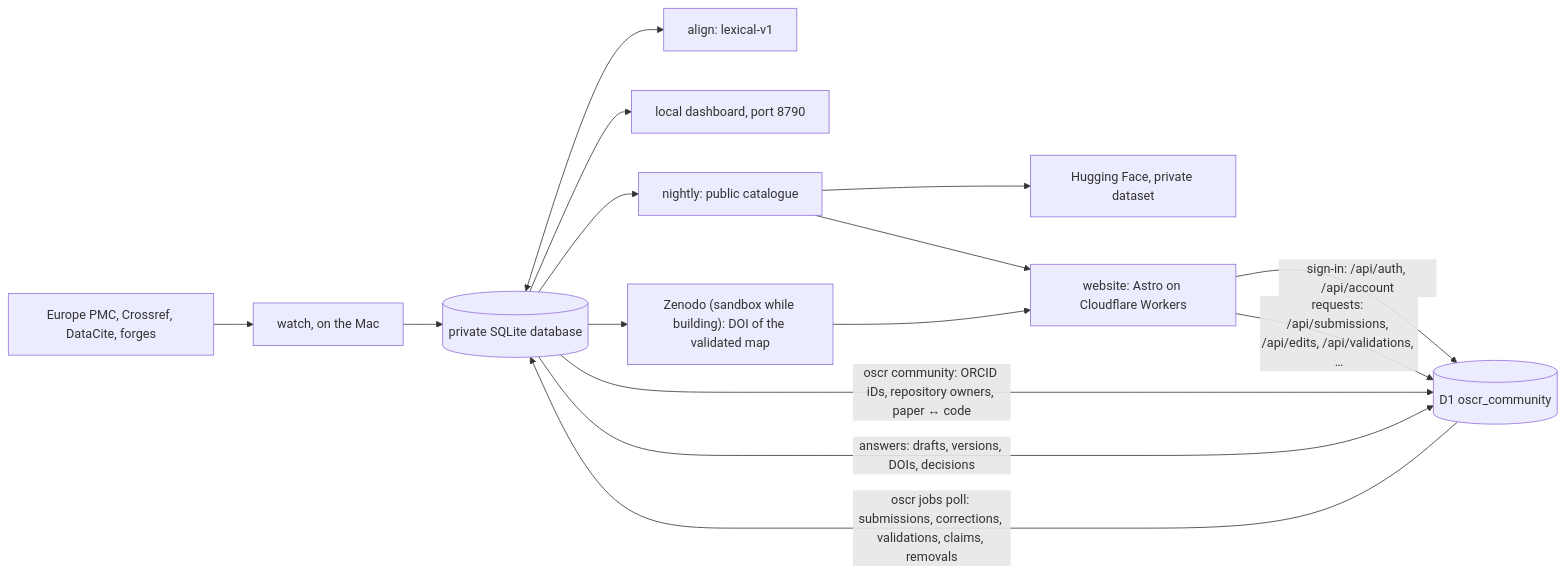
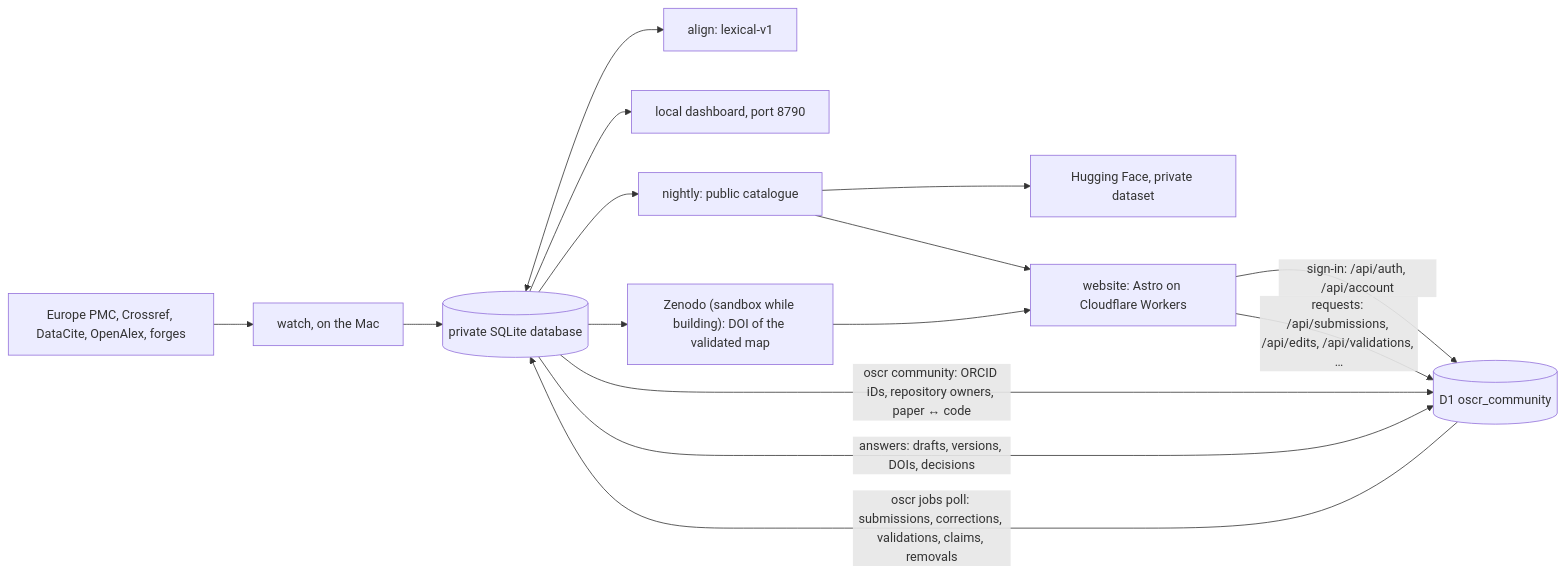
One commit to NeuraCrypt/OSCR changed the first of 2 diagrams in docs/ARCHITECTURE.md. Above: the diagram before and after it, drawn with Mermaid. The commit also changed other lines of this file and 30 other files, not shown here.

First line of the commit message:
OpenAlex enrichment: institutions with ROR ids, topics, open access, preprints, cited works

````diff
--- a/docs/ARCHITECTURE.md
+++ b/docs/ARCHITECTURE.md
@@ -24,17 +24,17 @@
 ```mermaid
 flowchart LR
-  EPMC["Europe PMC, Crossref, DataCite, forges"] --> W["watch, on the Mac"]
+  EPMC["Europe PMC, Crossref, DataCite, OpenAlex, forges"] --> W["watch, on the Mac"]
   W --> B[("private SQLite database")]
   B <--> A["align: lexical-v1"]
   B --> I["local dashboard, port 8790"]
   B --> N["nightly: public catalogue"]
   N --> HF["Hugging Face, private dataset"]
   N --> P["website: Astro on Cloudflare Workers"]
   P -- "sign-in: /api/auth, /api/account" --> U[("D1 oscr_community")]
   P -- "requests: /api/submissions, /api/edits, /api/validations, …" --> U
   B -- "oscr community: ORCID iDs, repository owners, paper ↔ code" --> U
   U -- "oscr jobs poll: submissions, corrections, validations, claims, removals" --> B
   B -- "answers: drafts, versions, DOIs, decisions" --> U
   B --> Z["Zenodo (sandbox while building): DOI of the validated map"]
   Z --> P
 ```
````
